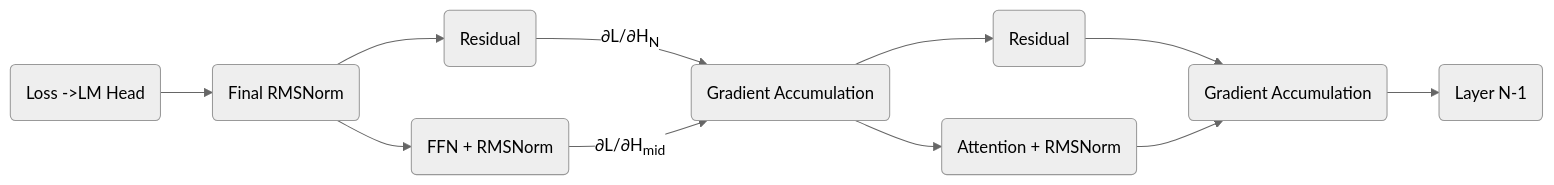
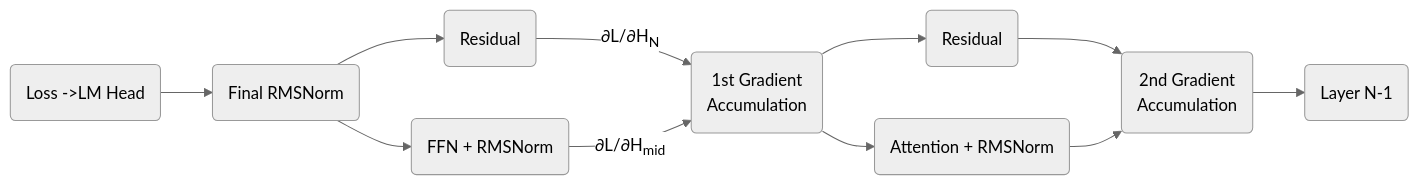
Diagram 23 of 23 in index.md (ChrisZhu2050/chriszhu2050.github.io), drawn with Mermaid (neutral theme) before and after one commit. The commit also changed other lines of this file, not shown here.

````diff
--- a/index.md
+++ b/index.md
@@ -1135,28 +1135,30 @@
   ```mermaid
         flowchart LR
 
           a("Loss ->LM Head")
           c1("Final RMSNorm")
           b1("Residual")
           d("FFN + RMSNorm")
-          d1("Gradient Accumulation")
+          d1("1st Gradient 
+          Accumulation")
           e("Attention + RMSNorm")  
           e1("Residual") 
-          f("Gradient Accumulation")
+          f("2nd Gradient
+           Accumulation")
           g("Layer N-1")
         
         a --> c1
         c1 --> d
         c1 --> b1
         b1 -- ∂L/∂H<sub>N</sub>--> d1
         d --∂L/∂H<sub>mid</sub>--> d1
         d1 --> e1
         d1 --> e
         e1 --> f
         e --> f
         f --> g
 
 
         
 
   ```  
````
